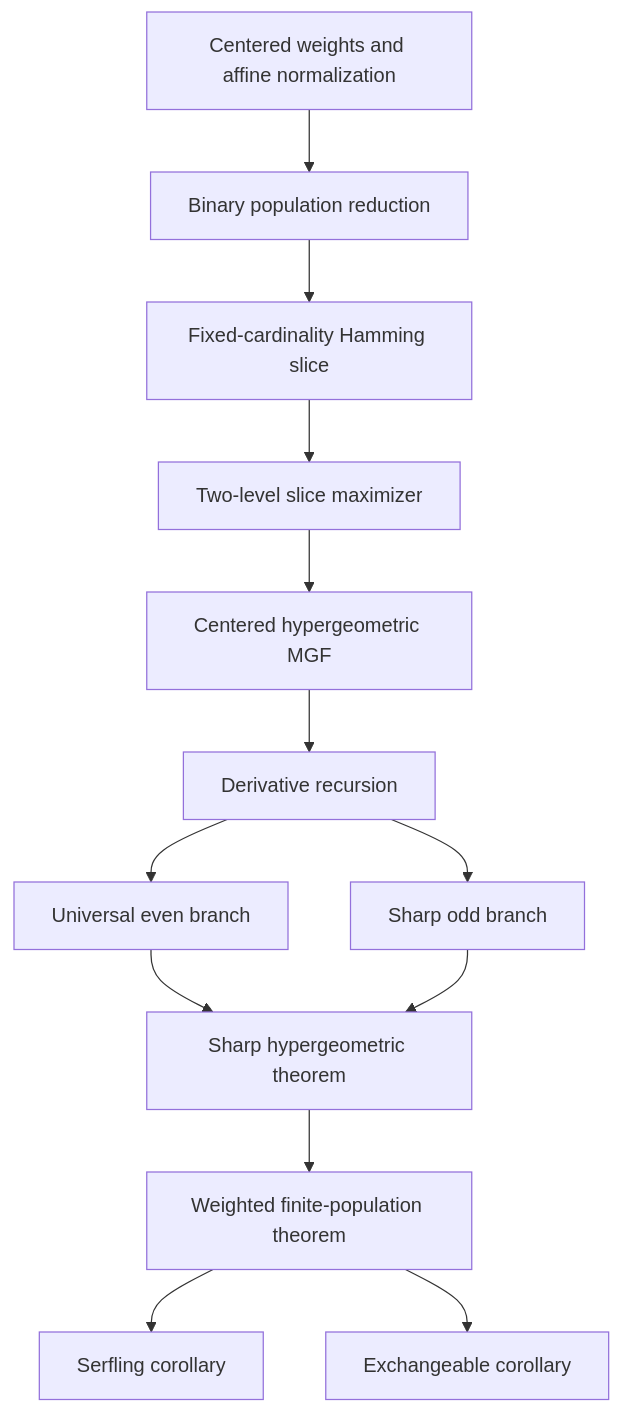
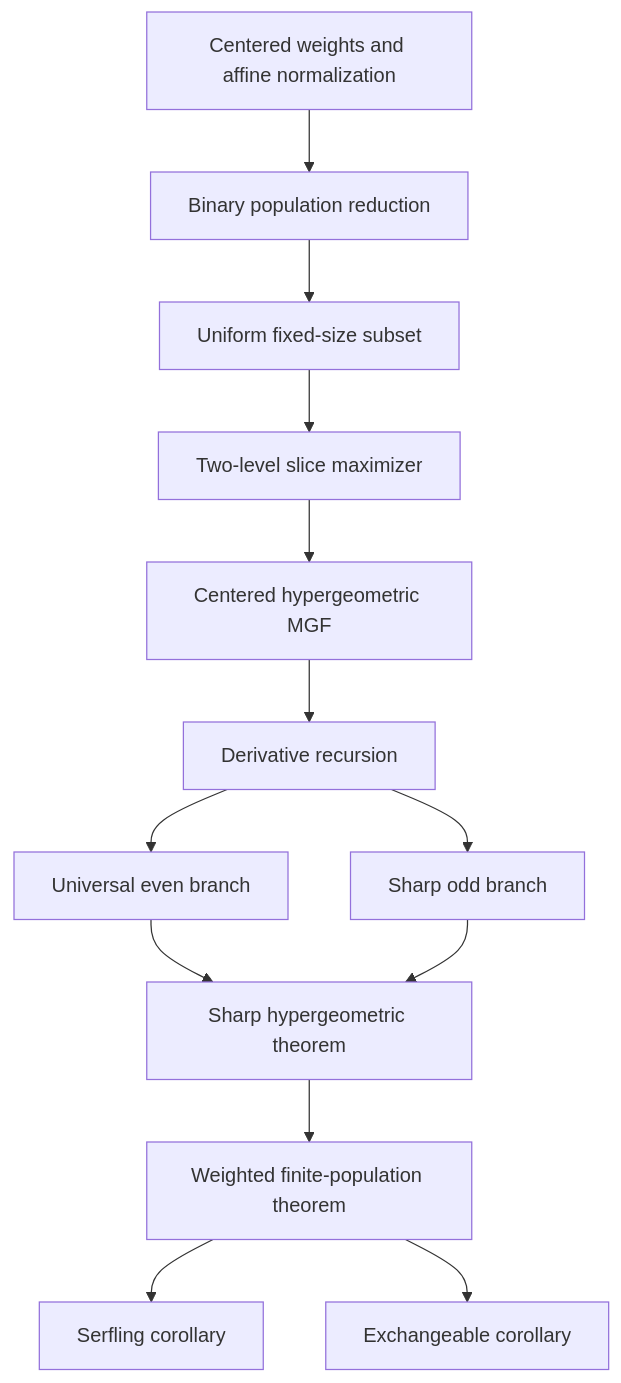
One commit to statchan1106/sharp-serfling-lean changed the diagram in README.md. Above: the diagram before and after it, drawn with Mermaid. The commit also changed other lines of this file and 4 other files, not shown here.

````diff
--- a/README.md
+++ b/README.md
@@ -75,15 +75,15 @@
 ```mermaid
 flowchart TD
     A[Centered weights and affine normalization] --> B[Binary population reduction]
-    B --> C[Fixed-cardinality Hamming slice]
+    B --> C[Uniform fixed-size subset]
     C --> D[Two-level slice maximizer]
     D --> E[Centered hypergeometric MGF]
     E --> F[Derivative recursion]
     F --> G1[Universal even branch]
     F --> G2[Sharp odd branch]
     G1 --> H[Sharp hypergeometric theorem]
     G2 --> H
     H --> I[Weighted finite-population theorem]
     I --> J[Serfling corollary]
     I --> K[Exchangeable corollary]
 ```
````
